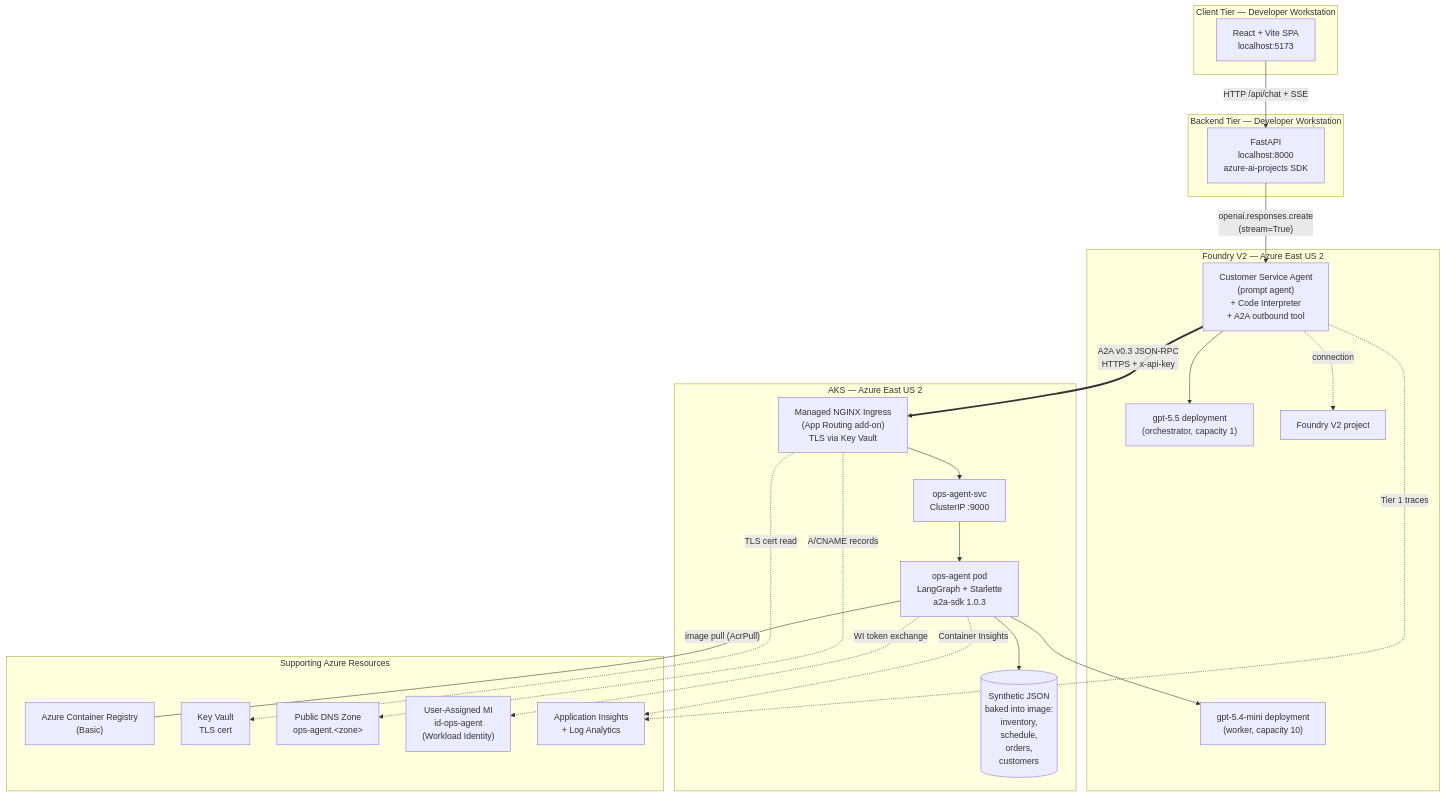
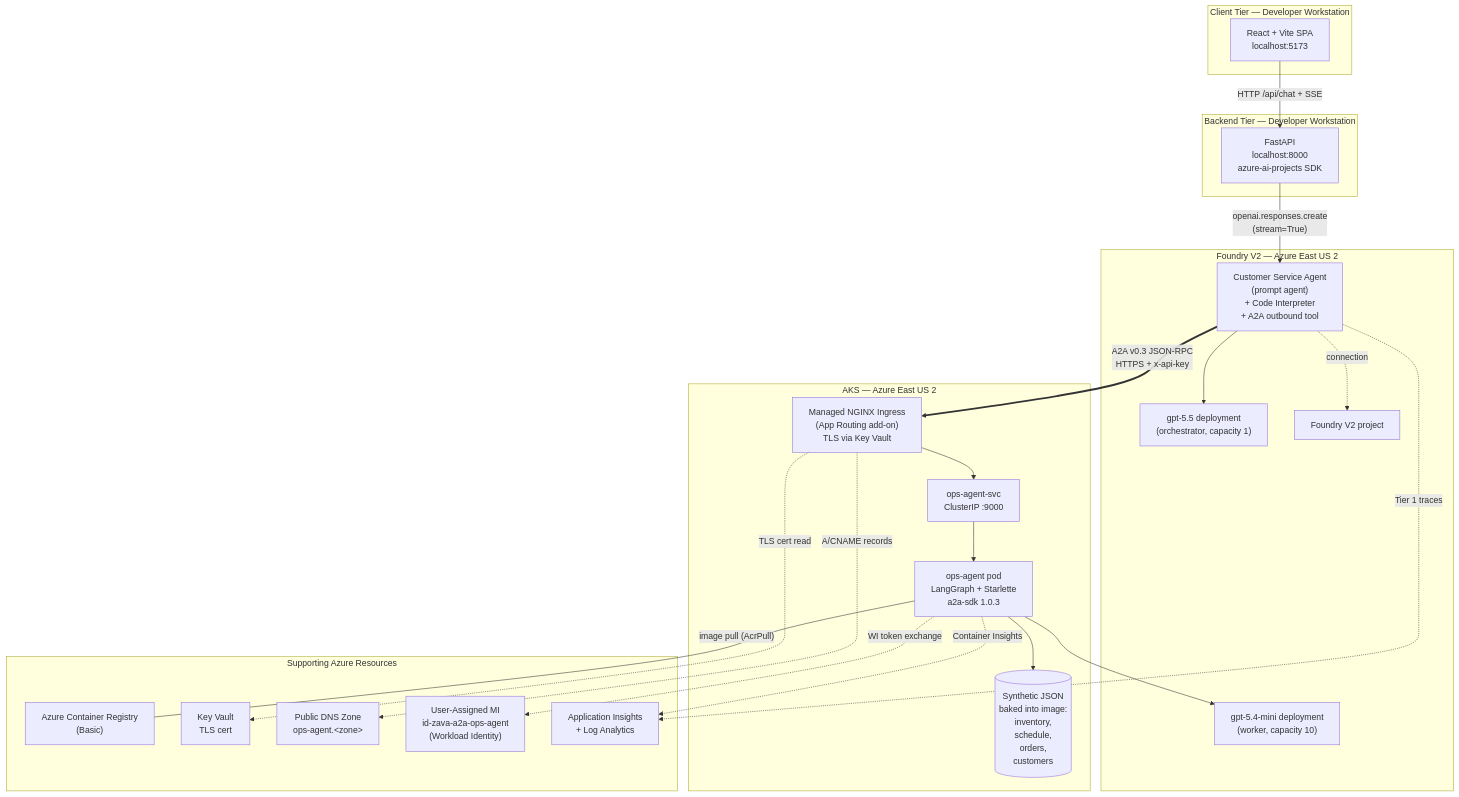
One commit to miguelmsft/20260520-zava-a2a-demo changed the first of 3 diagrams in docs/architecture.md. Above: the diagram before and after it, drawn with Mermaid. The commit also changed other lines of this file and 25 other files, not shown here.

````diff
--- a/docs/architecture.md
+++ b/docs/architecture.md
@@ -19,47 +19,47 @@
 ```mermaid
 graph TB
     subgraph Client["Client Tier — Developer Workstation"]
         UI["React + Vite SPA<br/>localhost:5173"]
     end
 
     subgraph Backend["Backend Tier — Developer Workstation"]
         BE["FastAPI<br/>localhost:8000<br/>azure-ai-projects SDK"]
     end
 
     subgraph Foundry["Foundry V2 — Azure East US 2"]
         FA["Customer Service Agent<br/>(prompt agent)<br/>+ Code Interpreter<br/>+ A2A outbound tool"]
         MO["gpt-5.5 deployment<br/>(orchestrator, capacity 1)"]
         MW["gpt-5.4-mini deployment<br/>(worker, capacity 10)"]
         AIPRJ["Foundry V2 project"]
         FA --> MO
         FA -.connection.-> AIPRJ
     end
 
     subgraph AKS["AKS — Azure East US 2"]
         ING["Managed NGINX Ingress<br/>(App Routing add-on)<br/>TLS via Key Vault"]
         SVC["ops-agent-svc<br/>ClusterIP :9000"]
         POD["ops-agent pod<br/>LangGraph + Starlette<br/>a2a-sdk 1.0.3"]
         DATA[("Synthetic JSON<br/>baked into image:<br/>inventory,<br/>schedule,<br/>orders,<br/>customers")]
         ING --> SVC --> POD
         POD --> DATA
         POD --> MW
     end
 
     subgraph Support["Supporting Azure Resources"]
         ACR["Azure Container Registry<br/>(Basic)"]
         KV["Key Vault<br/>TLS cert"]
         DNS["Public DNS Zone<br/>ops-agent.&lt;zone&gt;"]
-        UAMI["User-Assigned MI<br/>id-ops-agent<br/>(Workload Identity)"]
+        UAMI["User-Assigned MI<br/>id-zava-a2a-ops-agent<br/>(Workload Identity)"]
         AI["Application Insights<br/>+ Log Analytics"]
     end
 
     UI -- "HTTP /api/chat + SSE" --> BE
     BE -- "openai.responses.create<br/>(stream=True)" --> FA
     FA == "A2A v0.3 JSON-RPC<br/>HTTPS + x-api-key" ==> ING
     POD -- "image pull (AcrPull)" --- ACR
     ING -. "TLS cert read" .-> KV
     ING -. "A/CNAME records" .-> DNS
     POD -. "WI token exchange" .-> UAMI
     FA -. "Tier 1 traces" .-> AI
     POD -. "Container Insights" .-> AI
 ```
````
